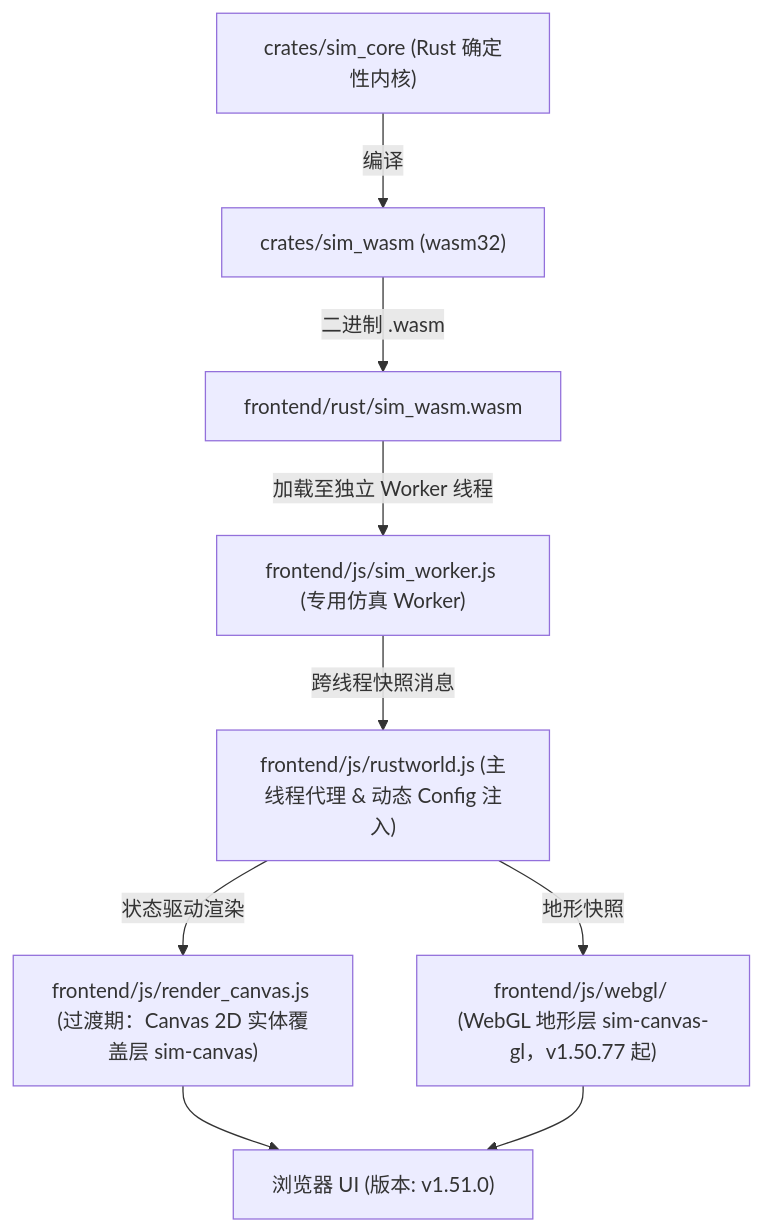
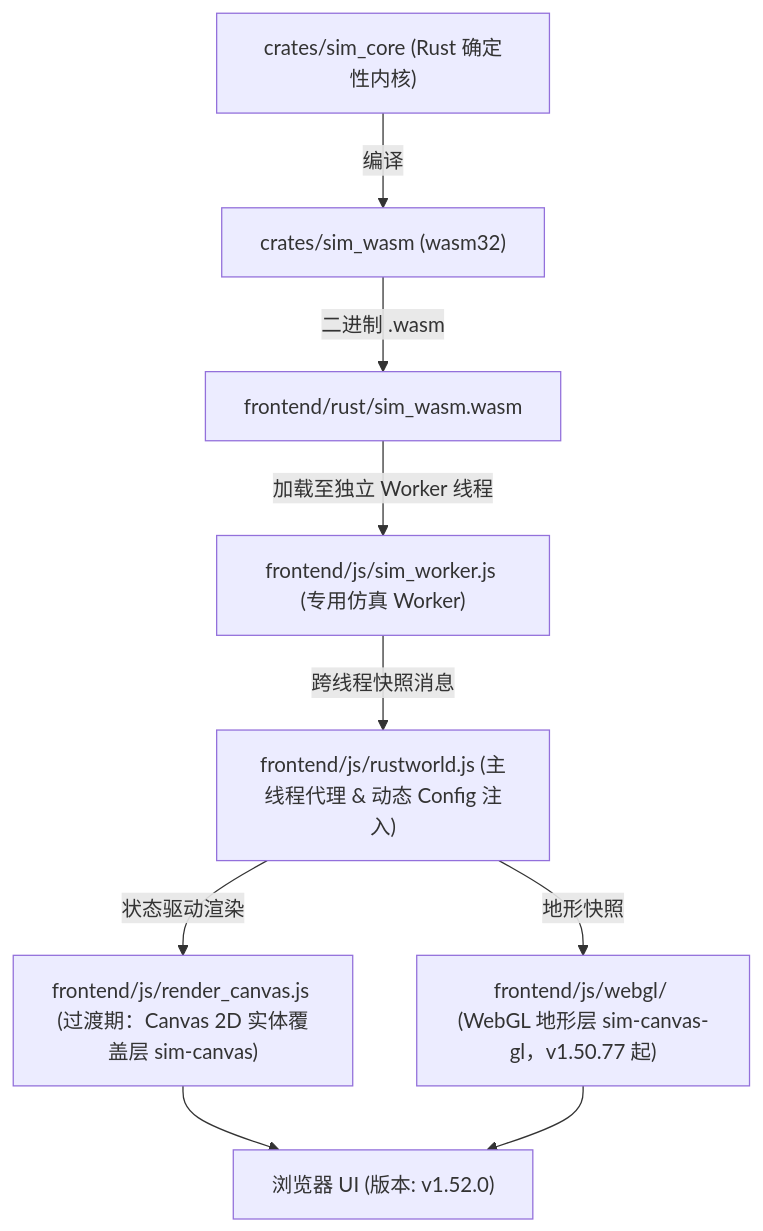
One commit to g39088902/FlowAndAccord changed the diagram in AGENTS.md. Above: the diagram before and after it, drawn with Mermaid. The commit also changed other lines of this file and 17 other files, not shown here.

````diff
--- a/AGENTS.md
+++ b/AGENTS.md
@@ -62,12 +62,12 @@
 ```mermaid
 graph TD
     A["crates/sim_core (Rust 确定性内核)"] -->|编译| B["crates/sim_wasm (wasm32)"]
     B -->|二进制 .wasm| C["frontend/rust/sim_wasm.wasm"]
     C -->|加载至独立 Worker 线程| D["frontend/js/sim_worker.js (专用仿真 Worker)"]
     D -->|跨线程快照消息| E["frontend/js/rustworld.js (主线程代理 & 动态 Config 注入)"]
     E -->|状态驱动渲染| F["frontend/js/render_canvas.js (过渡期：Canvas 2D 实体覆盖层 sim-canvas)"]
     E -->|地形快照| F2["frontend/js/webgl/ (WebGL 地形层 sim-canvas-gl，v1.50.77 起)"]
-    F --> G["浏览器 UI (版本: v1.51.0)"]
+    F --> G["浏览器 UI (版本: v1.52.0)"]
     F2 --> G
 
 ```
````
